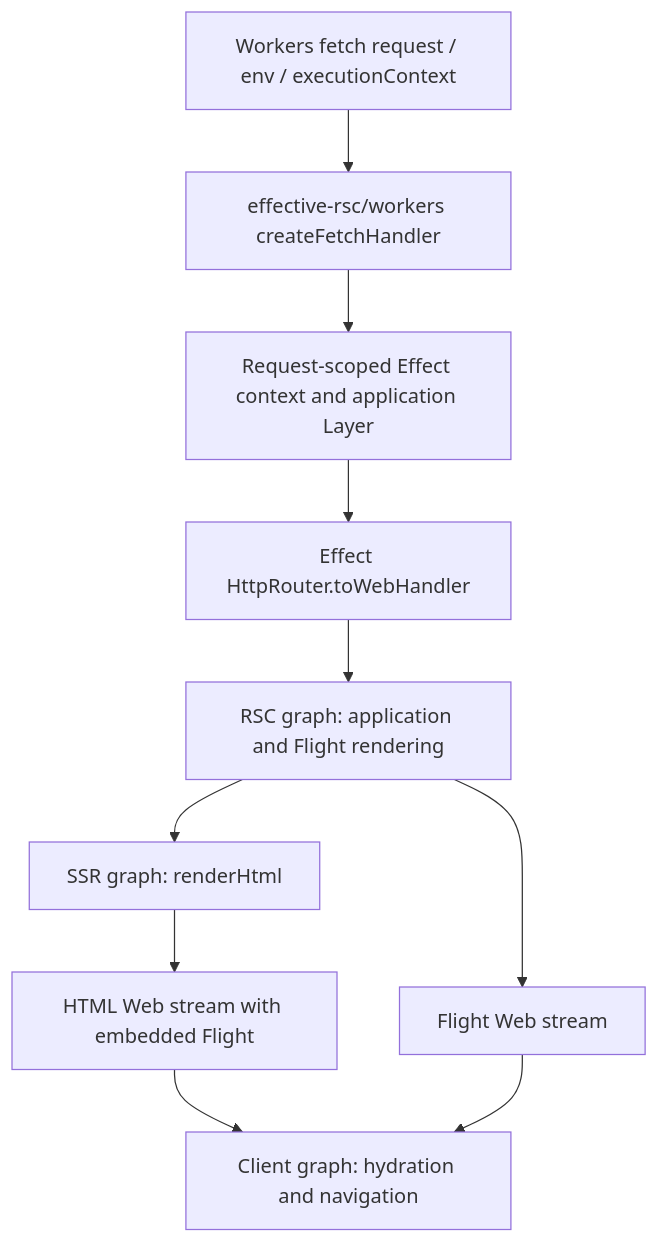
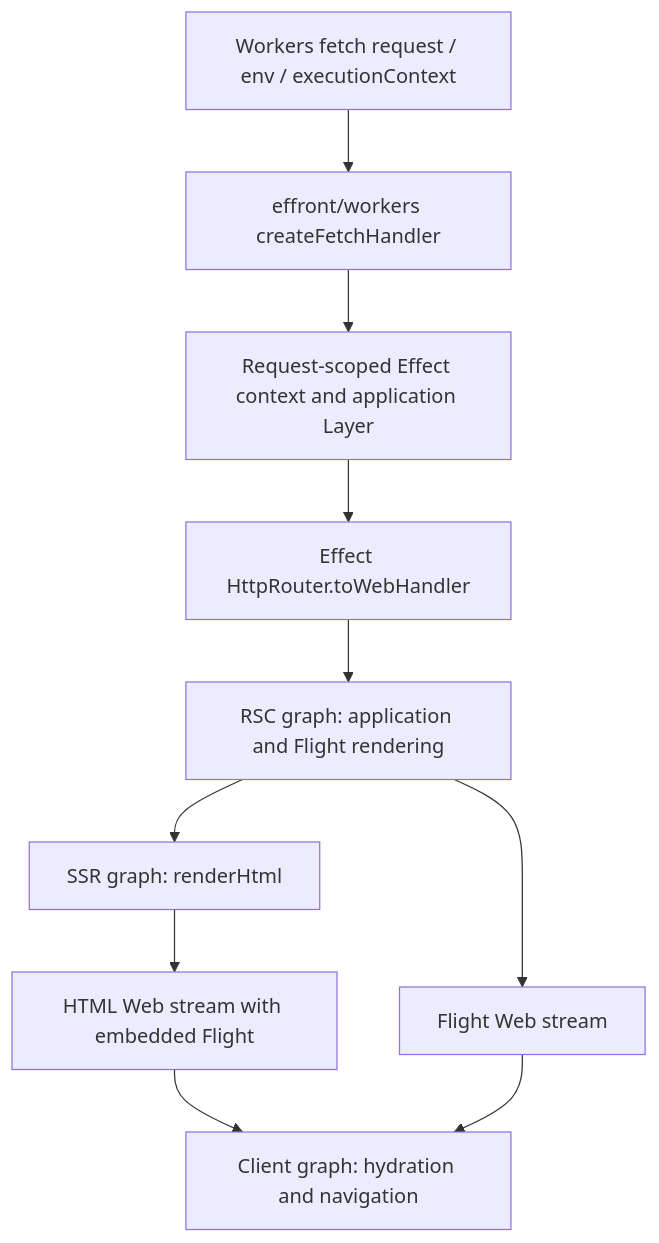
One commit to totto2727-org/effective-rsc changed the diagram in docs/WORKERS.md. Above: the diagram before and after it, drawn with Mermaid. The commit also changed other lines of this file and 183 other files, not shown here.

Commit message:
feat: adopt Effront with native compiler and separate host plugins

````diff
--- a/docs/WORKERS.md
+++ b/docs/WORKERS.md
@@ -14,12 +14,12 @@
 ```mermaid
 flowchart TD
-  Host[Workers fetch request / env / executionContext] --> Adapter[effective-rsc/workers createFetchHandler]
+  Host[Workers fetch request / env / executionContext] --> Adapter[effront/workers createFetchHandler]
   Adapter --> Context[Request-scoped Effect context and application Layer]
   Context --> HTTP[Effect HttpRouter.toWebHandler]
   HTTP --> RSC[RSC graph: application and Flight rendering]
   RSC --> SSR[SSR graph: renderHtml]
   RSC --> Flight[Flight Web stream]
   SSR --> HTML[HTML Web stream with embedded Flight]
   HTML --> Browser[Client graph: hydration and navigation]
   Flight --> Browser
 ```
````
